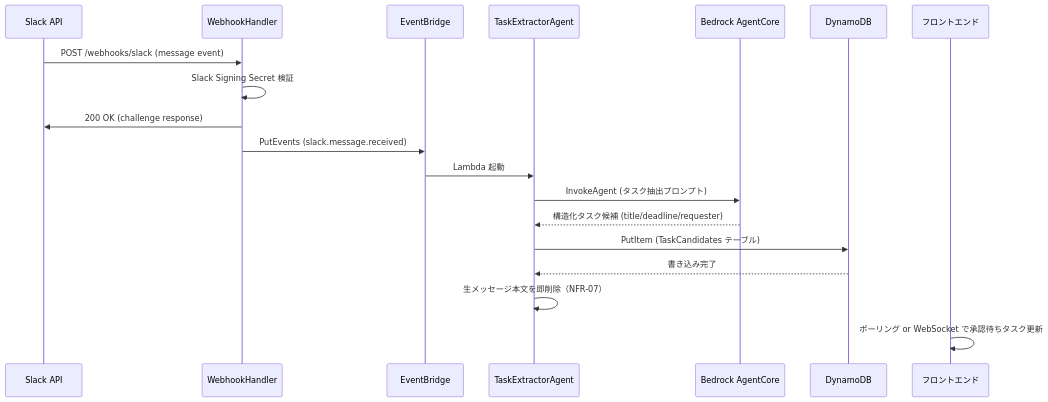
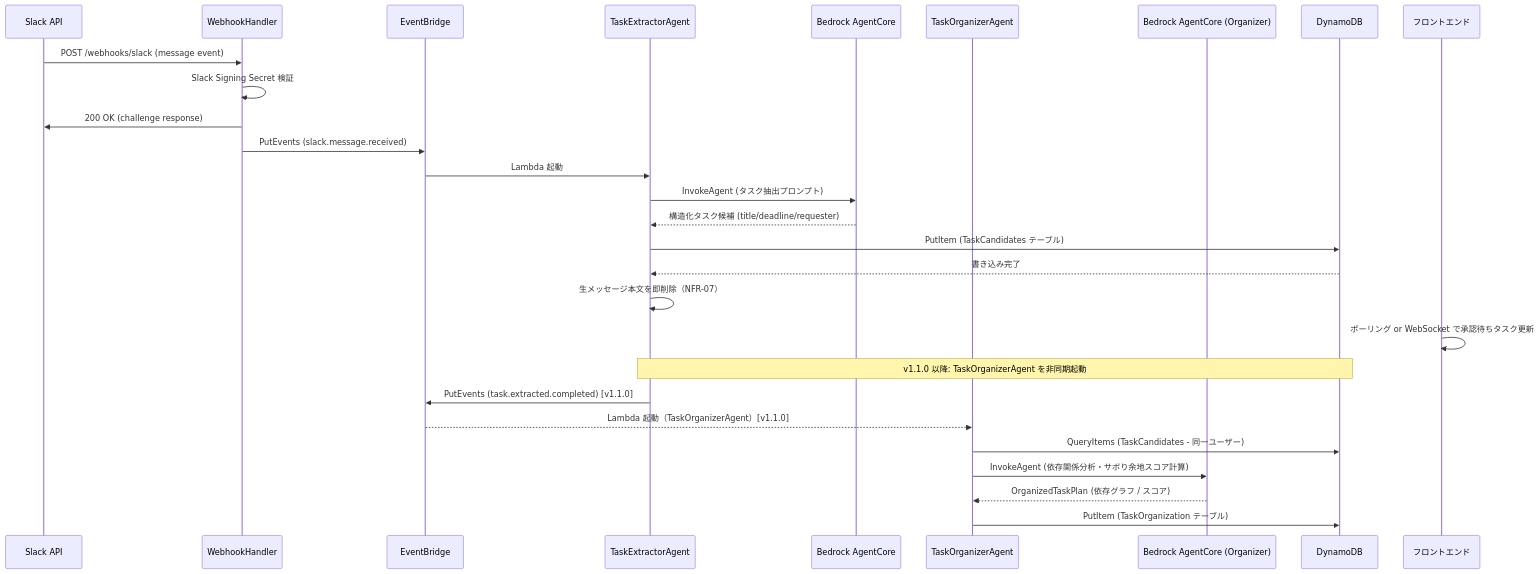
Before and after one commit to mashharuki/AWS-SummitHackathon-2026: the second of 8 diagrams in aidlc-docs/inception/application-design/application-design.md, drawn with Mermaid. The commit also changed other lines of this file and 7 other files, not shown here.

````diff
--- a/aidlc-docs/inception/application-design/application-design.md
+++ b/aidlc-docs/inception/application-design/application-design.md
@@ -488,22 +490,31 @@
 ```mermaid
 sequenceDiagram
     participant Slack as Slack API
     participant WH as WebhookHandler
     participant EB as EventBridge
     participant TA as TaskExtractorAgent
     participant BR as Bedrock AgentCore
+    participant TO as TaskOrganizerAgent
+    participant BR2 as Bedrock AgentCore (Organizer)
     participant DB as DynamoDB
     participant UI as フロントエンド
 
     Slack->>WH: POST /webhooks/slack (message event)
     WH->>WH: Slack Signing Secret 検証
     WH->>Slack: 200 OK (challenge response)
     WH->>EB: PutEvents (slack.message.received)
     EB->>TA: Lambda 起動
     TA->>BR: InvokeAgent (タスク抽出プロンプト)
     BR-->>TA: 構造化タスク候補 (title/deadline/requester)
     TA->>DB: PutItem (TaskCandidates テーブル)
     DB-->>TA: 書き込み完了
     TA->>TA: 生メッセージ本文を即削除（NFR-07）
     UI->>UI: ポーリング or WebSocket で承認待ちタスク更新
+    Note over TA,DB: v1.1.0 以降: TaskOrganizerAgent を非同期起動
+    TA->>EB: PutEvents (task.extracted.completed) [v1.1.0]
+    EB-->>TO: Lambda 起動（TaskOrganizerAgent）[v1.1.0]
+    TO->>DB: QueryItems (TaskCandidates - 同一ユーザー)
+    TO->>BR2: InvokeAgent (依存関係分析・サボり余地スコア計算)
+    BR2-->>TO: OrganizedTaskPlan (依存グラフ / スコア)
+    TO->>DB: PutItem (TaskOrganization テーブル)
 ```
````
